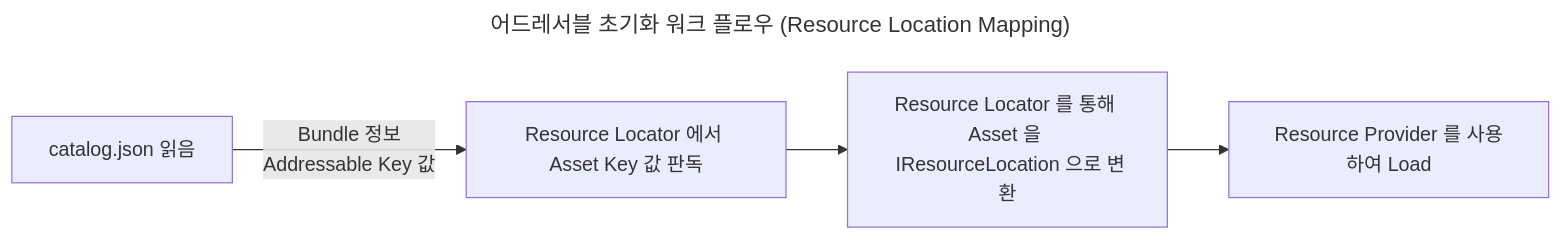
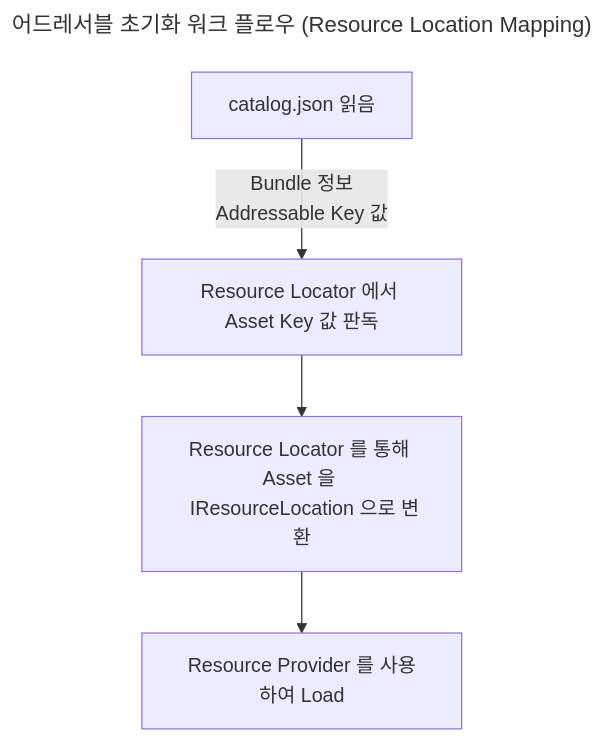
One commit to Epheria/Epheria.github.io changed the second of 2 diagrams in _posts/Unity/addressable/2024-05-07-UnityAddressable.md. Above: the diagram before and after it, drawn with Mermaid. The commit also changed other lines of this file, not shown here.

Commit message:
change flow chart LR -> TD

````diff
--- a/_posts/Unity/addressable/2024-05-07-UnityAddressable.md
+++ b/_posts/Unity/addressable/2024-05-07-UnityAddressable.md
@@ -514,9 +514,9 @@
 ```mermaid
 ---
 title: 어드레서블 초기화 워크 플로우 (Resource Location Mapping)
 ---
-flowchart LR
+flowchart TD
     A[catalog.json 읽음] -->|Bundle 정보 \n Addressable Key 값| B[Resource Locator 에서 Asset Key 값 판독]
     B --> C[Resource Locator 를 통해 Asset 을 \n IResourceLocation 으로 변환]
     C --> D[Resource Provider 를 사용하여 Load]
 ```
````
